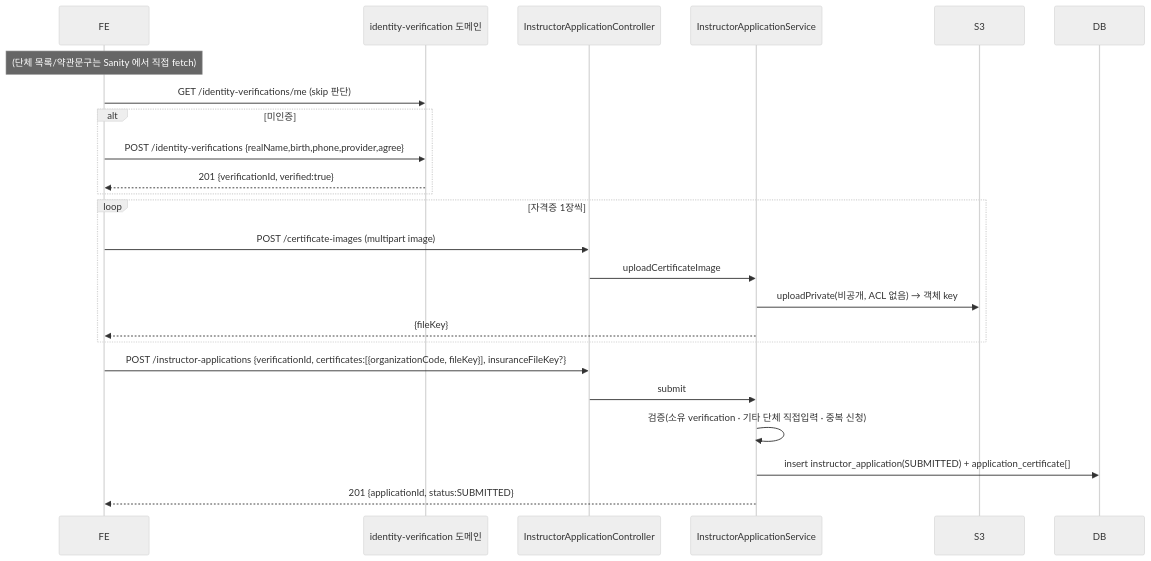
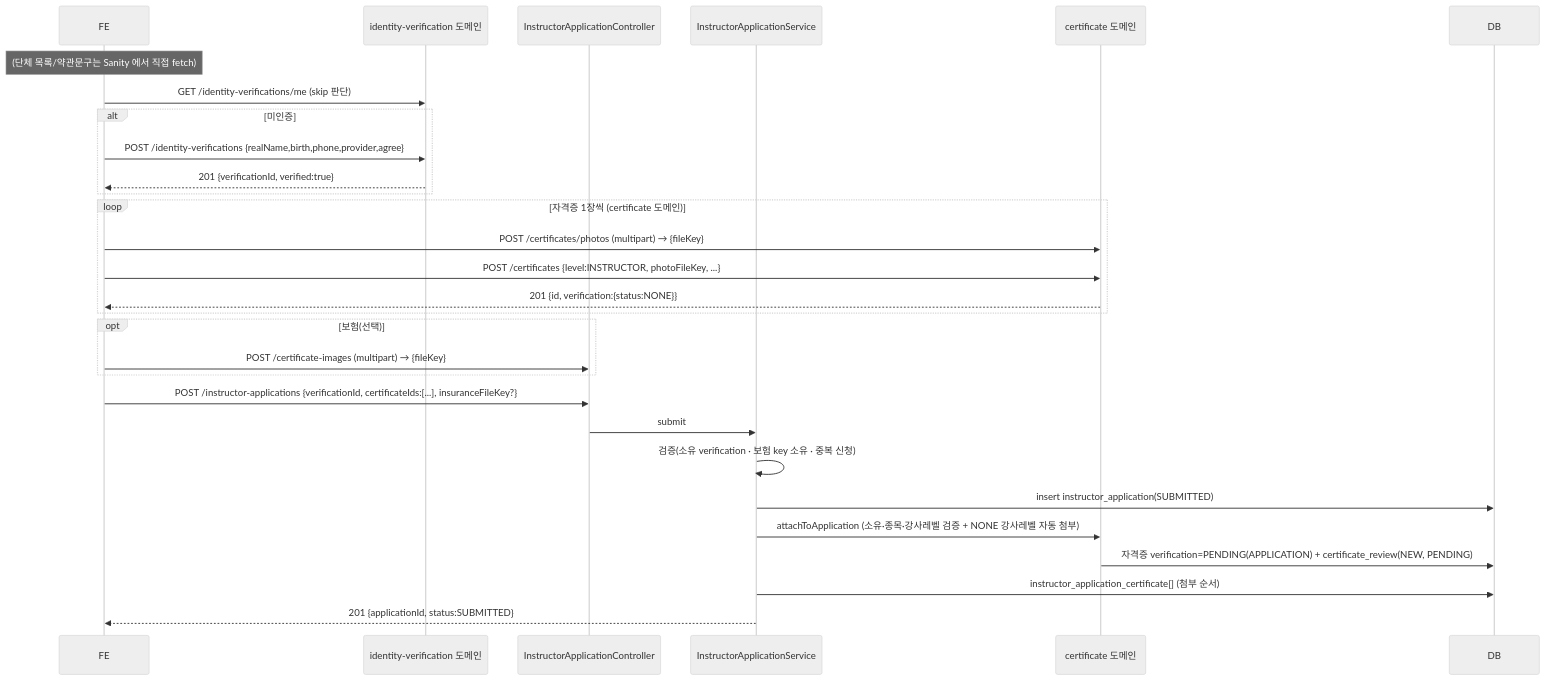
One commit to pungdong/Pungdong-Backend changed the second of 4 diagrams in docs/architecture/instructor-application.md. Above: the diagram before and after it, drawn with Mermaid (neutral theme). The commit also changed other lines of this file and 66 other files, not shown here.

First line of the commit message:
Feat: 강사 자격 검증 트랙 수렴 — 내 자격증 정본 + verification 상태(Rule A/B/C) + 어드민 검수 큐 + V38 백필 (#328)

````diff
--- a/docs/architecture/instructor-application.md
+++ b/docs/architecture/instructor-application.md
@@ -77,29 +86,34 @@
 ```mermaid
 sequenceDiagram
     participant FE
     participant IDV as identity-verification 도메인
     participant UC as InstructorApplicationController
     participant SVC as InstructorApplicationService
-    participant S3
+    participant CERT as certificate 도메인
     participant DB
 
     Note over FE: (단체 목록/약관문구는 Sanity 에서 직접 fetch)
     FE->>IDV: GET /identity-verifications/me (skip 판단)
     alt 미인증
         FE->>IDV: POST /identity-verifications {realName,birth,phone,provider,agree}
         IDV-->>FE: 201 {verificationId, verified:true}
     end
 
-    loop 자격증 1장씩
-        FE->>UC: POST /certificate-images (multipart image)
-        UC->>SVC: uploadCertificateImage
-        SVC->>S3: uploadPrivate(비공개, ACL 없음) → 객체 key
-        SVC-->>FE: {fileKey}
+    loop 자격증 1장씩 (certificate 도메인)
+        FE->>CERT: POST /certificates/photos (multipart) → {fileKey}
+        FE->>CERT: POST /certificates {level:INSTRUCTOR, photoFileKey, ...}
+        CERT-->>FE: 201 {id, verification:{status:NONE}}
+    end
+    opt 보험(선택)
+        FE->>UC: POST /certificate-images (multipart) → {fileKey}
     end
 
-    FE->>UC: POST /instructor-applications {verificationId, certificates:[{organizationCode, fileKey}], insuranceFileKey?}
+    FE->>UC: POST /instructor-applications {verificationId, certificateIds:[...], insuranceFileKey?}
     UC->>SVC: submit
-    SVC->>SVC: 검증(소유 verification · 기타 단체 직접입력 · 중복 신청)
-    SVC->>DB: insert instructor_application(SUBMITTED) + application_certificate[]
+    SVC->>SVC: 검증(소유 verification · 보험 key 소유 · 중복 신청)
+    SVC->>DB: insert instructor_application(SUBMITTED)
+    SVC->>CERT: attachToApplication (소유·종목·강사레벨 검증 + NONE 강사레벨 자동 첨부)
+    CERT->>DB: 자격증 verification=PENDING(APPLICATION) + certificate_review(NEW, PENDING)
+    SVC->>DB: instructor_application_certificate[] (첨부 순서)
     SVC-->>FE: 201 {applicationId, status:SUBMITTED}
 ```
````
